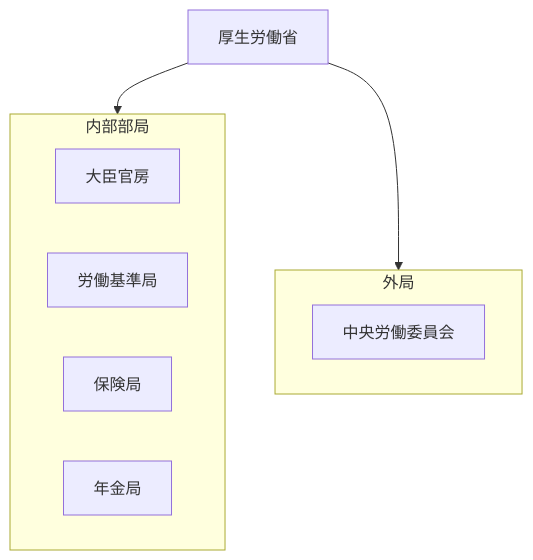
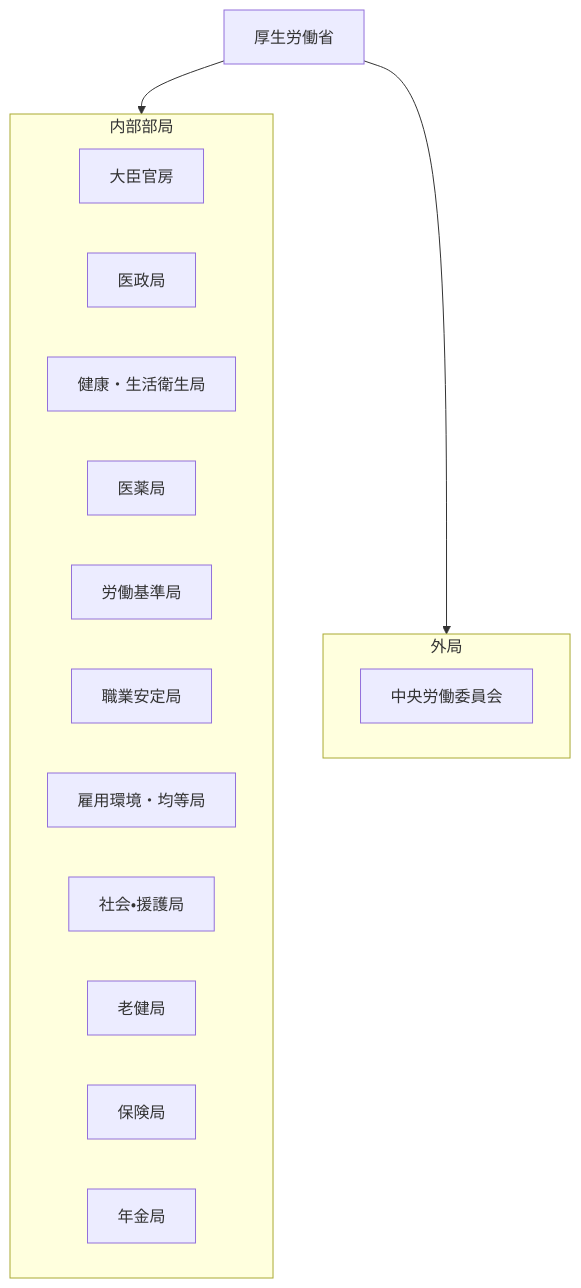
One commit to tatemaru/jp-admin-org-chart changed the diagram in 行政機構/厚生労働省/README.md. Above: the diagram before and after it, drawn with Mermaid. The commit also changed 12 other files, not shown here.

First line of the commit message:
chore(snapshot): 行政機構図 2025.8 に追従

````diff
--- a/行政機構/厚生労働省/README.md
+++ b/行政機構/厚生労働省/README.md
@@ -5,15 +5,22 @@
 ```mermaid
 flowchart TB
   root["厚生労働省"]
   subgraph g0["内部部局"]
     n0_0["大臣官房"]
-    n0_1["労働基準局"]
-    n0_2["保険局"]
-    n0_3["年金局"]
+    n0_1["医政局"]
+    n0_2["健康・生活衛生局"]
+    n0_3["医薬局"]
+    n0_4["労働基準局"]
+    n0_5["職業安定局"]
+    n0_6["雇用環境・均等局"]
+    n0_7["社会・援護局"]
+    n0_8["老健局"]
+    n0_9["保険局"]
+    n0_10["年金局"]
   end
   root --> g0
   subgraph g1["外局"]
     n1_0["中央労働委員会"]
   end
   root --> g1
 ```
````
